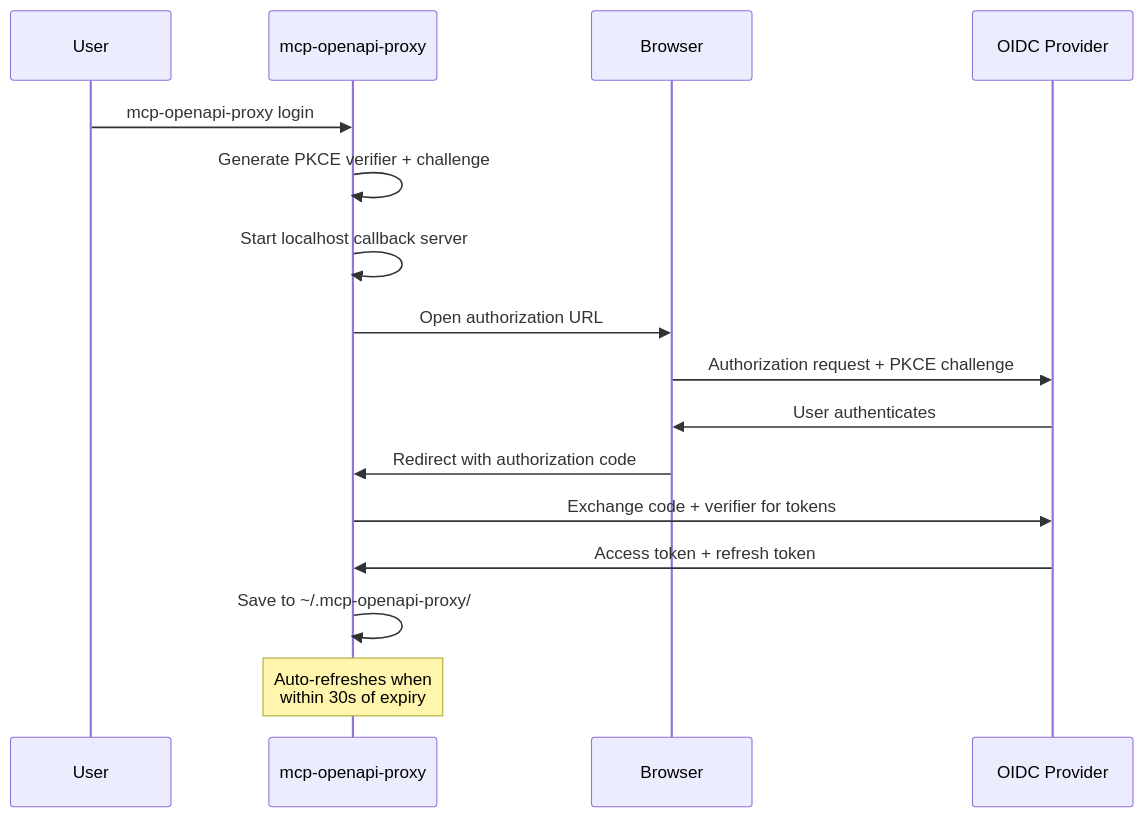
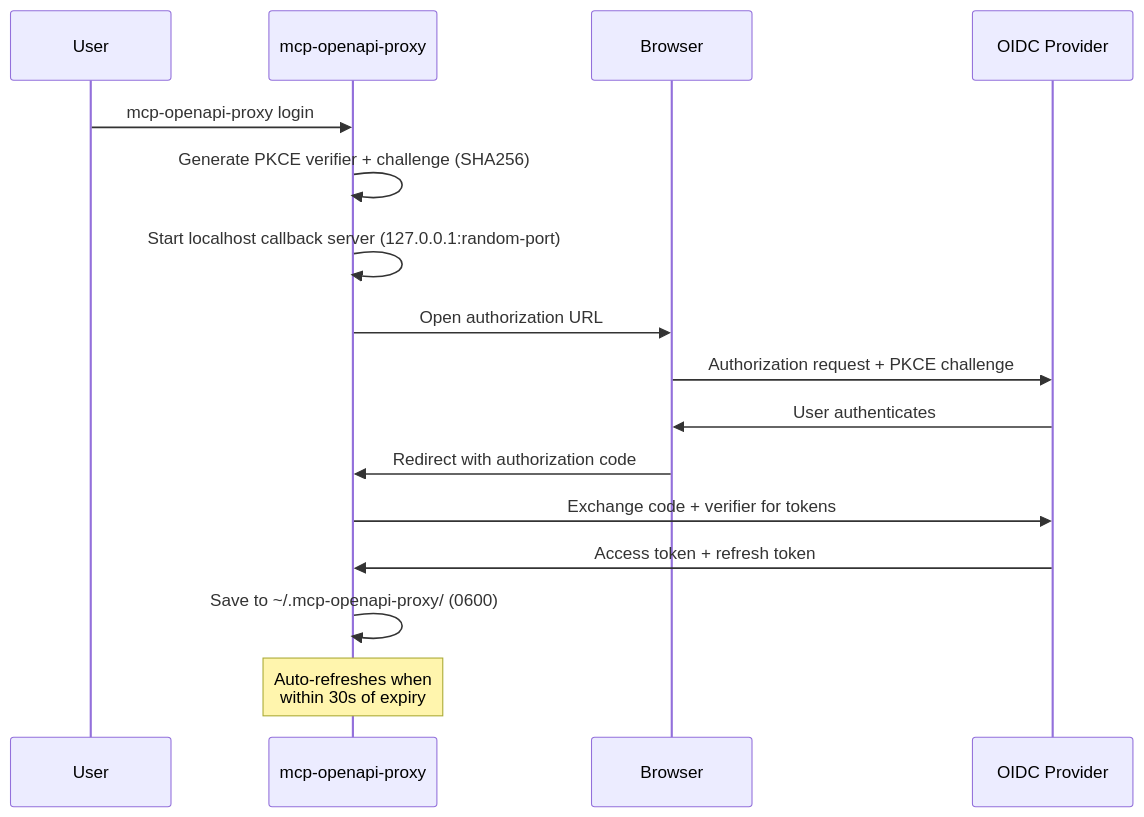
Before and after one commit to rendis/mcp-openapi-proxy: the second of 2 diagrams in README.md, drawn with Mermaid. The commit also changed other lines of this file and 2 other files, not shown here.

````diff
--- a/README.md
+++ b/README.md
@@ -245,19 +245,19 @@
 ```mermaid
 sequenceDiagram
     participant U as User
     participant P as mcp-openapi-proxy
     participant B as Browser
     participant IdP as OIDC Provider
 
     U->>P: mcp-openapi-proxy login
-    P->>P: Generate PKCE verifier + challenge
-    P->>P: Start localhost callback server
+    P->>P: Generate PKCE verifier + challenge (SHA256)
+    P->>P: Start localhost callback server (127.0.0.1:random-port)
     P->>B: Open authorization URL
     B->>IdP: Authorization request + PKCE challenge
     IdP->>B: User authenticates
     B->>P: Redirect with authorization code
     P->>IdP: Exchange code + verifier for tokens
     IdP->>P: Access token + refresh token
-    P->>P: Save to ~/.mcp-openapi-proxy/
+    P->>P: Save to ~/.mcp-openapi-proxy/ (0600)
     Note over P: Auto-refreshes when<br/>within 30s of expiry
 ```
````
